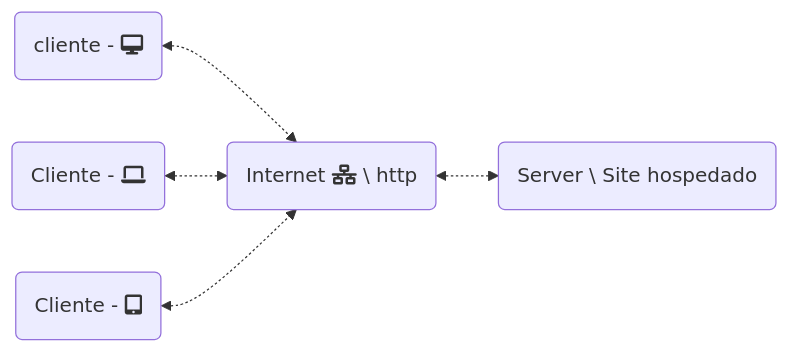
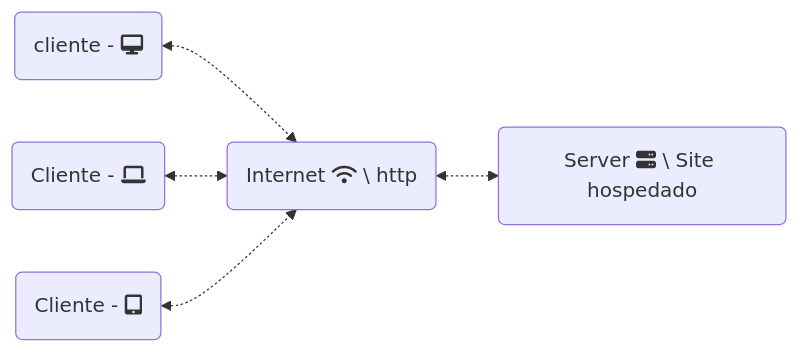
Before and after one commit to guilhermemelolima/formacao-dio-html: the first of 8 diagrams in resumos/resumo-entendendo-comunicacao-cliente-x-servidor.md, drawn with Mermaid. The commit also changed other lines of this file, not shown here.

````diff
--- a/resumos/resumo-entendendo-comunicacao-cliente-x-servidor.md
+++ b/resumos/resumo-entendendo-comunicacao-cliente-x-servidor.md
@@ -59,4 +59,4 @@
 ```mermaid
 flowchart LR
-    ClienteDesk(cliente - fas:fa-desktop) & ClienteLap(Cliente - fa:fa-laptop) & ClientePhone(Cliente - fas:fa-tablet-alt) <-.-> internet(Internet fas:fa-network-wired \ http) <-.-> Server(Server \ Site hospedado)
+    ClienteDesk(cliente - fas:fa-desktop) & ClienteLap(Cliente - fa:fa-laptop) & ClientePhone(Cliente - fas:fa-tablet-alt) <-.-> internet(Internet fas:fa-wifi \ http) <-.-> Server(Server fas:fa-server \ Site hospedado)
 ```
````
